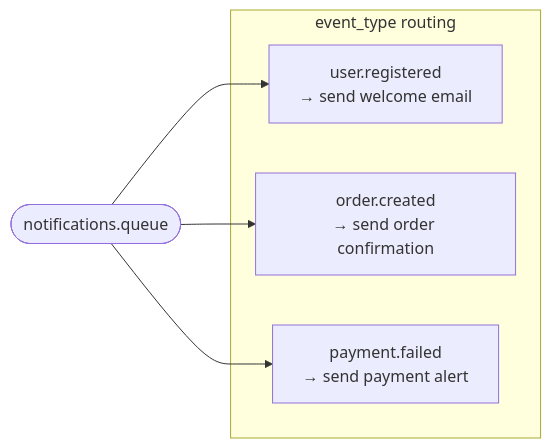
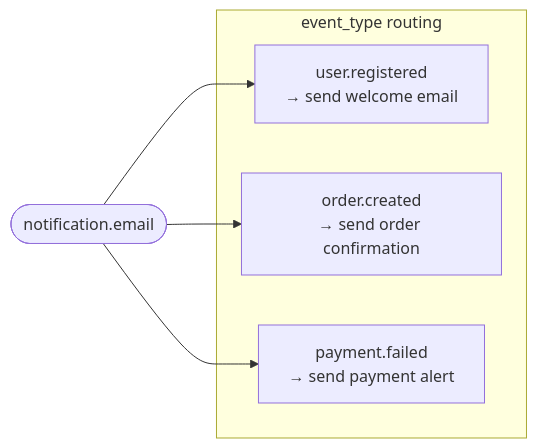
One commit to Elena-sky/event-platform-notification-service changed the third of 3 diagrams in README.md. Above: the diagram before and after it, drawn with Mermaid. The commit also changed other lines of this file and 3 other files, not shown here.

Commit message:
feat(rabbitmq): quorum queues for notification.email and DLQ (#7)

````diff
--- a/README.md
+++ b/README.md
@@ -28,9 +39,9 @@
 ```mermaid
 flowchart LR
     subgraph "event_type routing"
         UR["user.registered\n→ send welcome email"]
         OC["order.created\n→ send order confirmation"]
         PF["payment.failed\n→ send payment alert"]
     end
-    NQ(["notifications.queue"]) --> UR & OC & PF
+    NQ(["notification.email"]) --> UR & OC & PF
 ```
````
